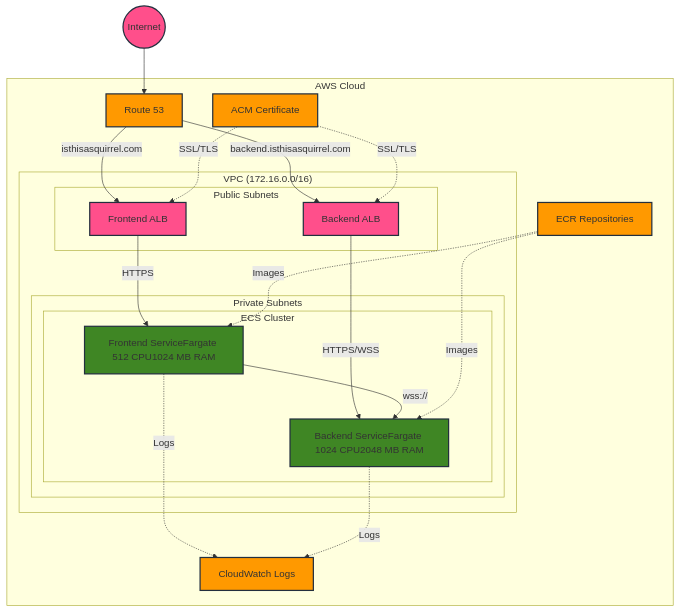
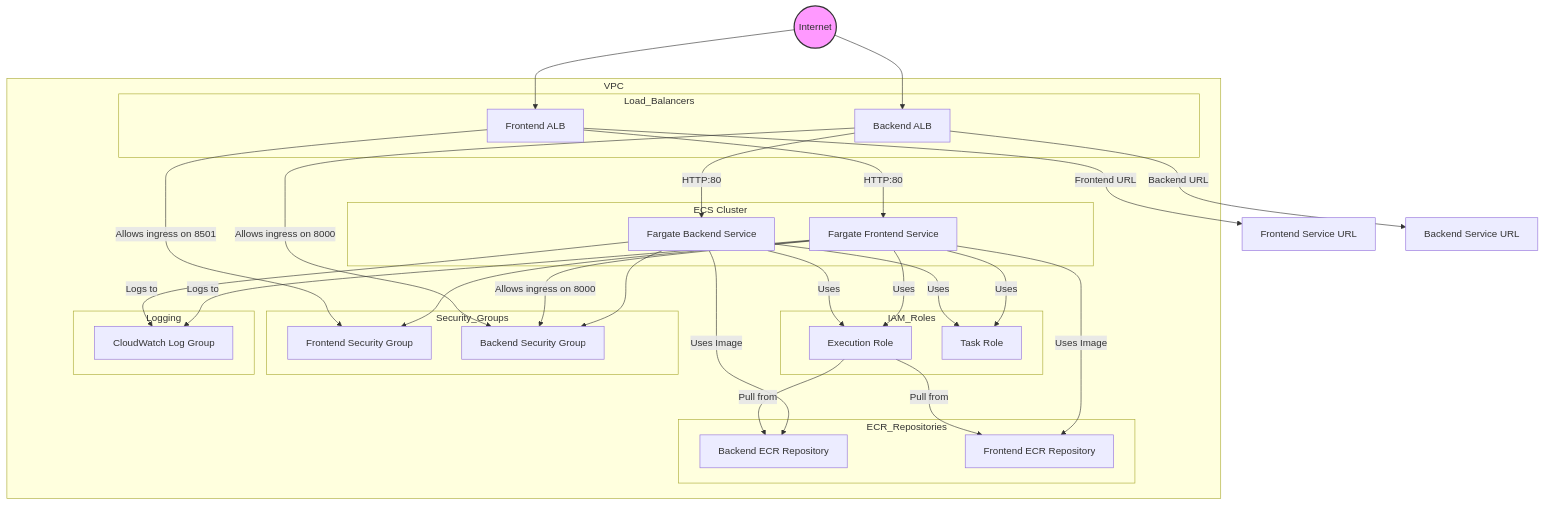
One commit to chicken-teriyaki-cup-rice/ecs-animal-classifier-fargate-cdk changed the diagram in README.md. Above: the diagram before and after it, drawn with Mermaid.

````diff
--- a/README.md
+++ b/README.md
@@ -9,49 +9,80 @@
 ```mermaid
-graph TB
-    subgraph "AWS Cloud"
-        subgraph "VPC (172.16.0.0/16)"
-            subgraph "Public Subnets"
-                ALB1[Frontend ALB]
-                ALB2[Backend ALB]
-            end
+graph TD
+    %% Define external entities
+    Internet((Internet))
 
-            subgraph "Private Subnets"
-                subgraph "ECS Cluster"
-                    FrontendService[Frontend ServiceFargate 512 CPU1024 MB RAM]
-                    BackendService[Backend ServiceFargate 1024 CPU2048 MB RAM]
-                end
-            end
+    %% Define VPC and its components
+    subgraph VPC
+        subgraph ECS_Cluster [ECS Cluster]
+            BackendService[Fargate Backend Service]
+            FrontendService[Fargate Frontend Service]
         end
 
-        Route53[Route 53]
-        ACM[ACM Certificate]
-        ECR[ECR Repositories]
-        CW[CloudWatch Logs]
+        subgraph ECR_Repositories
+            BackendRepo[Backend ECR Repository]
+            FrontendRepo[Frontend ECR Repository]
+        end
+
+        subgraph IAM_Roles
+            ExecutionRole[Execution Role]
+            TaskRole[Task Role]
+        end
+
+        subgraph Security_Groups
+            FrontendSG[Frontend Security Group]
+            BackendSG[Backend Security Group]
+        end
+
+        subgraph Load_Balancers
+            FrontendALB[Frontend ALB]
+            BackendALB[Backend ALB]
+        end
+
+        subgraph Logging
+            LogGroup[CloudWatch Log Group]
+        end
     end
 
-    Internet((Internet)) --> Route53
-    Route53 -->|isthisasquirrel.com| ALB1
-    Route53 -->|backend.isthisasquirrel.com| ALB2
+    %% Internet to Load Balancers
+    Internet --> FrontendALB
+    Internet --> BackendALB
 
-    ALB1 -->|HTTPS| FrontendService
-    ALB2 -->|HTTPS/WSS| BackendService
+    %% Load Balancers to Services
+    FrontendALB -->|HTTP:80| FrontendService
+    BackendALB -->|HTTP:80| BackendService
 
-    ACM -.->|SSL/TLS| ALB1
-    ACM -.->|SSL/TLS| ALB2
+    %% Services to Repositories
+    FrontendService -->|Uses Image| FrontendRepo
+    BackendService -->|Uses Image| BackendRepo
 
-    FrontendService -->|wss://| BackendService
+    %% Services to IAM Roles
+    FrontendService -->|Uses| ExecutionRole
+    FrontendService -->|Uses| TaskRole
+    BackendService -->|Uses| ExecutionRole
+    BackendService -->|Uses| TaskRole
 
-    FrontendService -.->|Logs| CW
-    BackendService -.->|Logs| CW
+    %% IAM Roles to Repositories
+    ExecutionRole -->|Pull from| BackendRepo
+    ExecutionRole -->|Pull from| FrontendRepo
 
-    ECR -.->|Images| FrontendService
-    ECR -.->|Images| BackendService
+    %% Services to Security Groups
+    FrontendService --> FrontendSG
+    BackendService --> BackendSG
 
-    classDef aws fill:#FF9900,stroke:#232F3E,stroke-width:2px;
-    classDef service fill:#3F8624,stroke:#232F3E,stroke-width:2px;
-    classDef network fill:#FF4F8B,stroke:#232F3E,stroke-width:2px;
+    %% Security Group Rules
+    FrontendALB -->|Allows ingress on 8501| FrontendSG
+    FrontendService -->|Allows ingress on 8000| BackendSG
+    BackendALB -->|Allows ingress on 8000| BackendSG
 
-    class Route53,ACM,ECR,CW aws;
-    class FrontendService,BackendService service;
-    class ALB1,ALB2,Internet network;
+    %% Services to Logging
+    FrontendService -->|Logs to| LogGroup
+    BackendService -->|Logs to| LogGroup
+
+    %% Outputs
+    FrontendALB -->|Frontend URL| FrontendURL[Frontend Service URL]
+    BackendALB -->|Backend URL| BackendURL[Backend Service URL]
+
+    %% Styling for clarity
+    classDef external fill:#f9f,stroke:#333,stroke-width:2px;
+    class Internet external;
 ```
````
